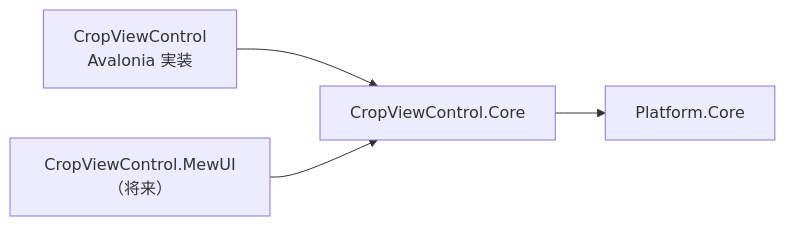
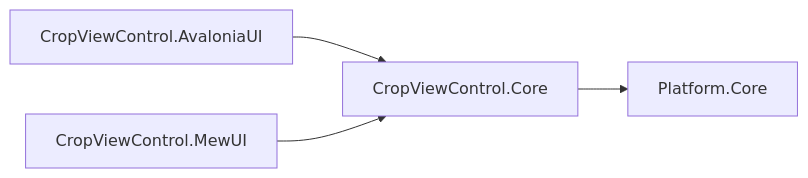
The first of 2 diagrams in src/CropViewControl.Core/SPEC_System.md (tomokuni/SaveEvidence), drawn with Mermaid before and after one commit. The commit also changed other lines of this file and 226 other files, not shown here.

````diff
--- a/src/CropViewControl.Core/SPEC_System.md
+++ b/src/CropViewControl.Core/SPEC_System.md
@@ -15,6 +15,6 @@
 ```mermaid
 graph LR
-  A[CropViewControl<br/>Avalonia 実装] --> B[CropViewControl.Core]
-  C["CropViewControl.MewUI（将来）"] --> B
+  A[CropViewControl.AvaloniaUI] --> B[CropViewControl.Core]
+  C[CropViewControl.MewUI] --> B
   B --> D[Platform.Core]
 ```
````
